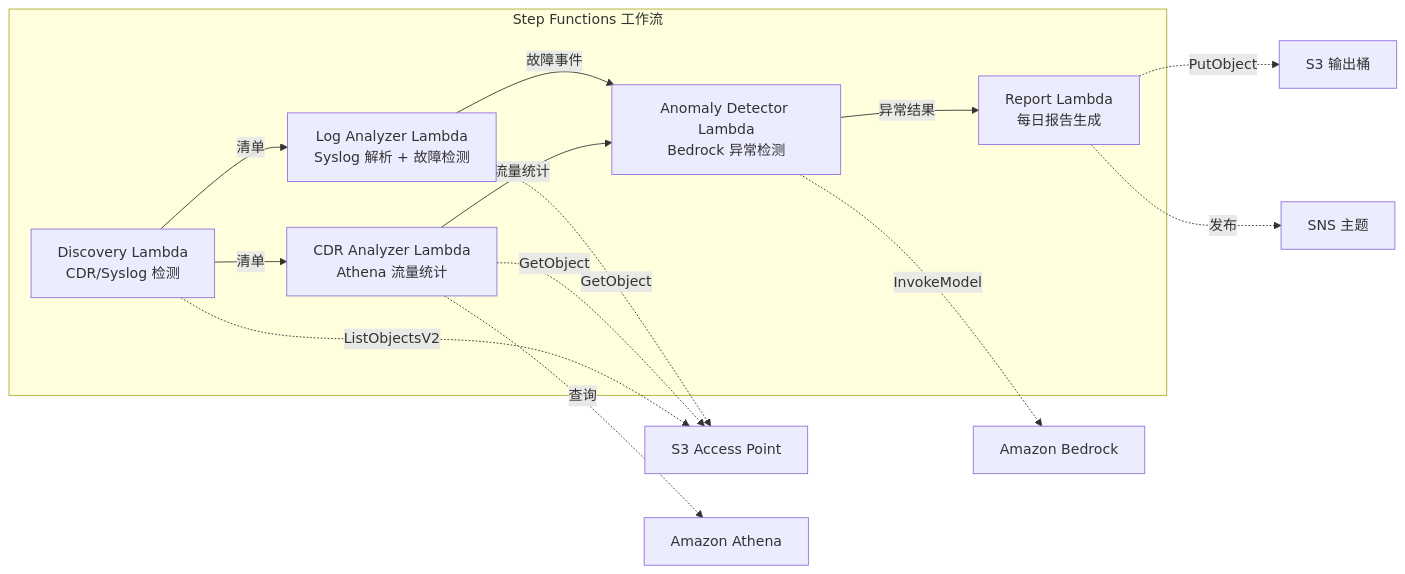
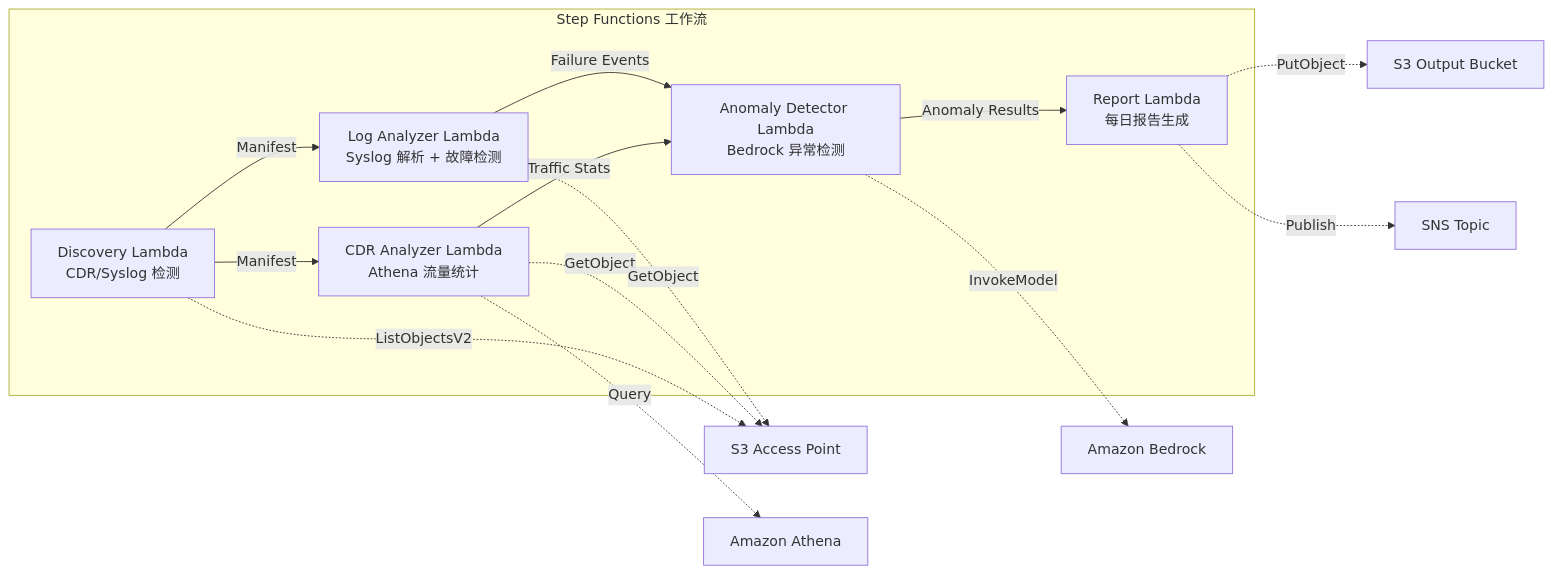
Before and after one commit to Yoshiki0705/FSx-for-ONTAP-S3AccessPoints-Serverless-Patterns: the diagram in solutions/industry/telecom-network-analytics/README.zh-CN.md, drawn with Mermaid. The commit also changed other lines of this file and 20 other files, not shown here.

````diff
--- a/solutions/industry/telecom-network-analytics/README.zh-CN.md
+++ b/solutions/industry/telecom-network-analytics/README.zh-CN.md
@@ -53,24 +60,24 @@
 ```mermaid
 graph LR
     subgraph "Step Functions 工作流"
         D[Discovery Lambda<br/>CDR/Syslog 检测]
         CA[CDR Analyzer Lambda<br/>Athena 流量统计]
         LA[Log Analyzer Lambda<br/>Syslog 解析 + 故障检测]
         AD[Anomaly Detector Lambda<br/>Bedrock 异常检测]
         R[Report Lambda<br/>每日报告生成]
     end
 
-    D -->|清单| CA
-    D -->|清单| LA
-    CA -->|流量统计| AD
-    LA -->|故障事件| AD
-    AD -->|异常结果| R
+    D -->|Manifest| CA
+    D -->|Manifest| LA
+    CA -->|Traffic Stats| AD
+    LA -->|Failure Events| AD
+    AD -->|Anomaly Results| R
 
     D -.->|ListObjectsV2| S3AP[S3 Access Point]
     CA -.->|GetObject| S3AP
-    CA -.->|查询| Athena[Amazon Athena]
+    CA -.->|Query| Athena[Amazon Athena]
     LA -.->|GetObject| S3AP
     AD -.->|InvokeModel| Bedrock[Amazon Bedrock]
-    R -.->|PutObject| S3OUT[S3 输出桶]
-    R -.->|发布| SNS[SNS 主题]
+    R -.->|PutObject| S3OUT[S3 Output Bucket]
+    R -.->|Publish| SNS[SNS Topic]
 ```
````
